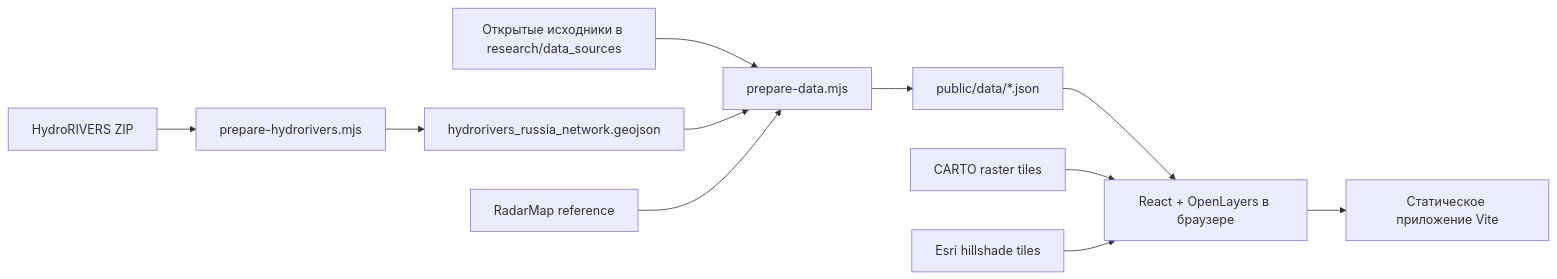
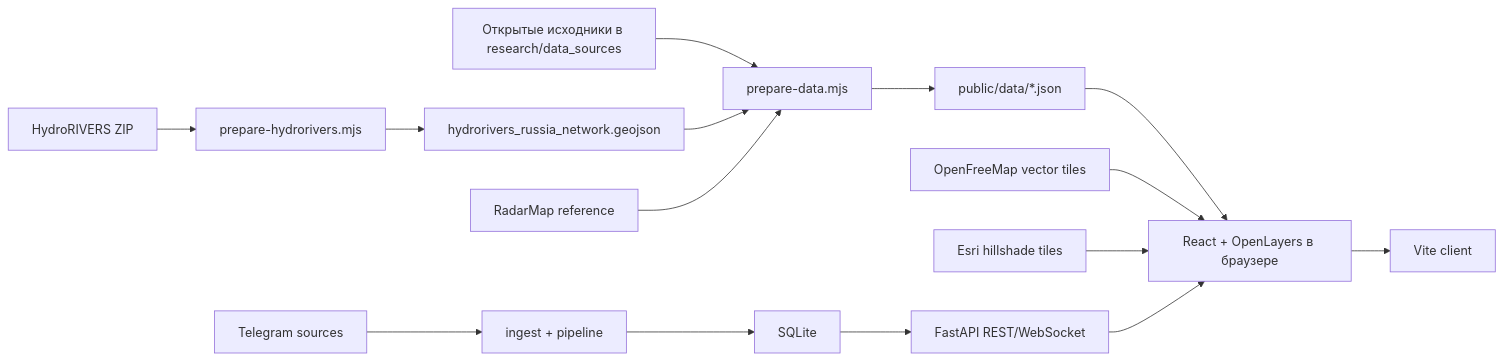
One commit to rub1kub/radar-russia-map changed the diagram in docs/PROJECT_KNOWLEDGE_BASE.md. Above: the diagram before and after it, drawn with Mermaid. The commit also changed other lines of this file and 15 other files, not shown here.

````diff
--- a/docs/PROJECT_KNOWLEDGE_BASE.md
+++ b/docs/PROJECT_KNOWLEDGE_BASE.md
@@ -207,13 +205,17 @@
 ```mermaid
 flowchart LR
     A["Открытые исходники в research/data_sources"] --> B["prepare-data.mjs"]
     H["HydroRIVERS ZIP"] --> C["prepare-hydrorivers.mjs"]
     C --> D["hydrorivers_russia_network.geojson"]
     D --> B
     R["RadarMap reference"] --> B
     B --> E["public/data/*.json"]
     E --> F["React + OpenLayers в браузере"]
-    G["CARTO raster tiles"] --> F
+    G["OpenFreeMap vector tiles"] --> F
     I["Esri hillshade tiles"] --> F
-    F --> J["Статическое приложение Vite"]
+    T["Telegram sources"] --> P["ingest + pipeline"]
+    P --> S["SQLite"]
+    S --> API["FastAPI REST/WebSocket"]
+    API --> F
+    F --> J["Vite client"]
 ```
````
